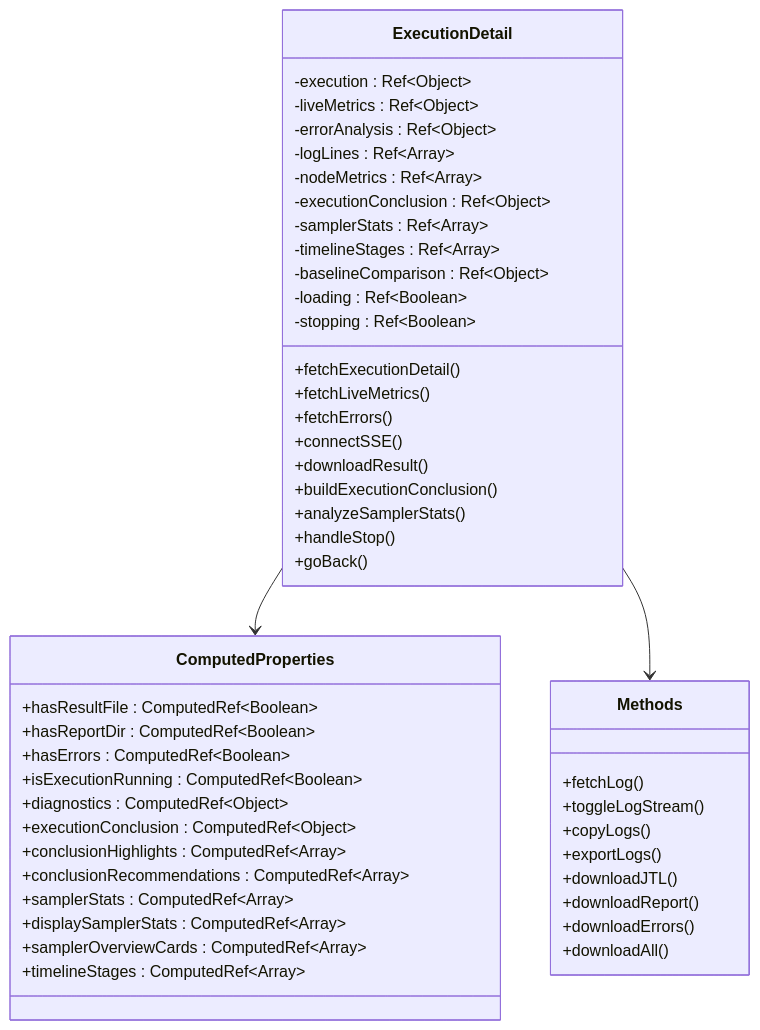
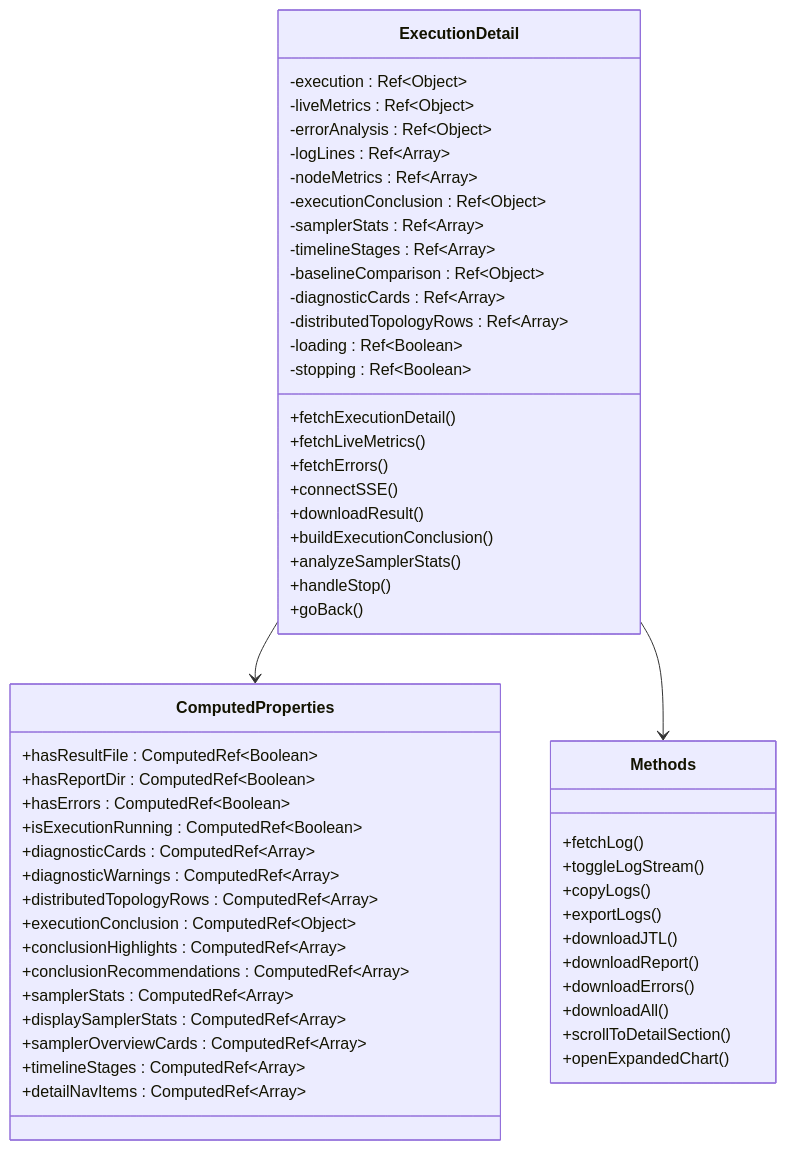
The fifth of 29 diagrams in .qoder/repowiki/zh/content/Execution Detail View.md (Liyuhao02/Jmeter-Admin), drawn with Mermaid before and after one commit. The commit also changed other lines of this file and 16 other files, not shown here.

````diff
--- a/.qoder/repowiki/zh/content/Execution Detail View.md
+++ b/.qoder/repowiki/zh/content/Execution Detail View.md
@@ -256,51 +266,58 @@
 ```mermaid
 classDiagram
 class ExecutionDetail {
 -execution : Ref~Object~
 -liveMetrics : Ref~Object~
 -errorAnalysis : Ref~Object~
 -logLines : Ref~Array~
 -nodeMetrics : Ref~Array~
 -executionConclusion : Ref~Object~
 -samplerStats : Ref~Array~
 -timelineStages : Ref~Array~
 -baselineComparison : Ref~Object~
+-diagnosticCards : Ref~Array~
+-distributedTopologyRows : Ref~Array~
 -loading : Ref~Boolean~
 -stopping : Ref~Boolean~
 +fetchExecutionDetail()
 +fetchLiveMetrics()
 +fetchErrors()
 +connectSSE()
 +downloadResult()
 +buildExecutionConclusion()
 +analyzeSamplerStats()
 +handleStop()
 +goBack()
 }
 class ComputedProperties {
 +hasResultFile : ComputedRef~Boolean~
 +hasReportDir : ComputedRef~Boolean~
 +hasErrors : ComputedRef~Boolean~
 +isExecutionRunning : ComputedRef~Boolean~
-+diagnostics : ComputedRef~Object~
++diagnosticCards : ComputedRef~Array~
++diagnosticWarnings : ComputedRef~Array~
++distributedTopologyRows : ComputedRef~Array~
 +executionConclusion : ComputedRef~Object~
 +conclusionHighlights : ComputedRef~Array~
 +conclusionRecommendations : ComputedRef~Array~
 +samplerStats : ComputedRef~Array~
 +displaySamplerStats : ComputedRef~Array~
 +samplerOverviewCards : ComputedRef~Array~
 +timelineStages : ComputedRef~Array~
++detailNavItems : ComputedRef~Array~
 }
 class Methods {
 +fetchLog()
 +toggleLogStream()
 +copyLogs()
 +exportLogs()
 +downloadJTL()
 +downloadReport()
 +downloadErrors()
 +downloadAll()
++scrollToDetailSection()
++openExpandedChart()
 }
 ExecutionDetail --> ComputedProperties
 ExecutionDetail --> Methods
 ```
````
